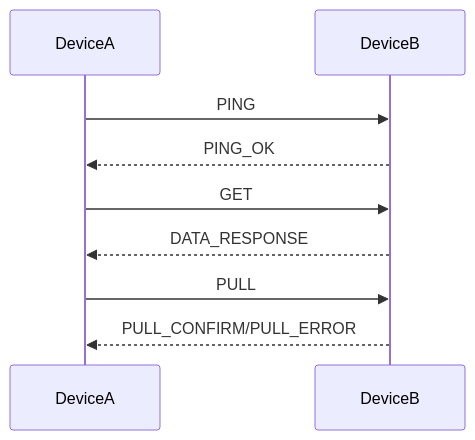
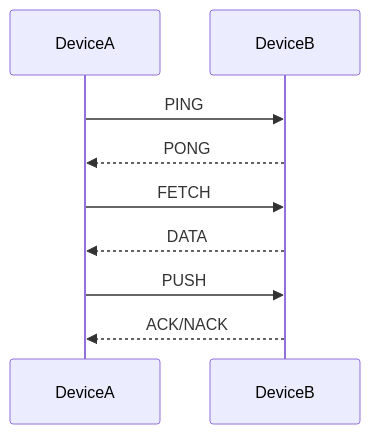
One commit to slpuk/easyhttp-python changed the diagram in README.md. Above: the diagram before and after it, drawn with Mermaid. The commit also changed other lines of this file and 1 other file, not shown here.

````diff
--- a/README.md
+++ b/README.md
@@ -83,14 +155,14 @@
 ```mermaid
 sequenceDiagram
     participant DeviceA
     participant DeviceB
     
     DeviceA->>DeviceB: PING
-    DeviceB-->>DeviceA: PING_OK
+    DeviceB-->>DeviceA: PONG
     
-    DeviceA->>DeviceB: GET
-    DeviceB-->>DeviceA: DATA_RESPONSE
+    DeviceA->>DeviceB: FETCH
+    DeviceB-->>DeviceA: DATA
     
-    DeviceA->>DeviceB: PULL
-    DeviceB-->>DeviceA: PULL_CONFIRM/PULL_ERROR
+    DeviceA->>DeviceB: PUSH
+    DeviceB-->>DeviceA: ACK/NACK
 ```
````
